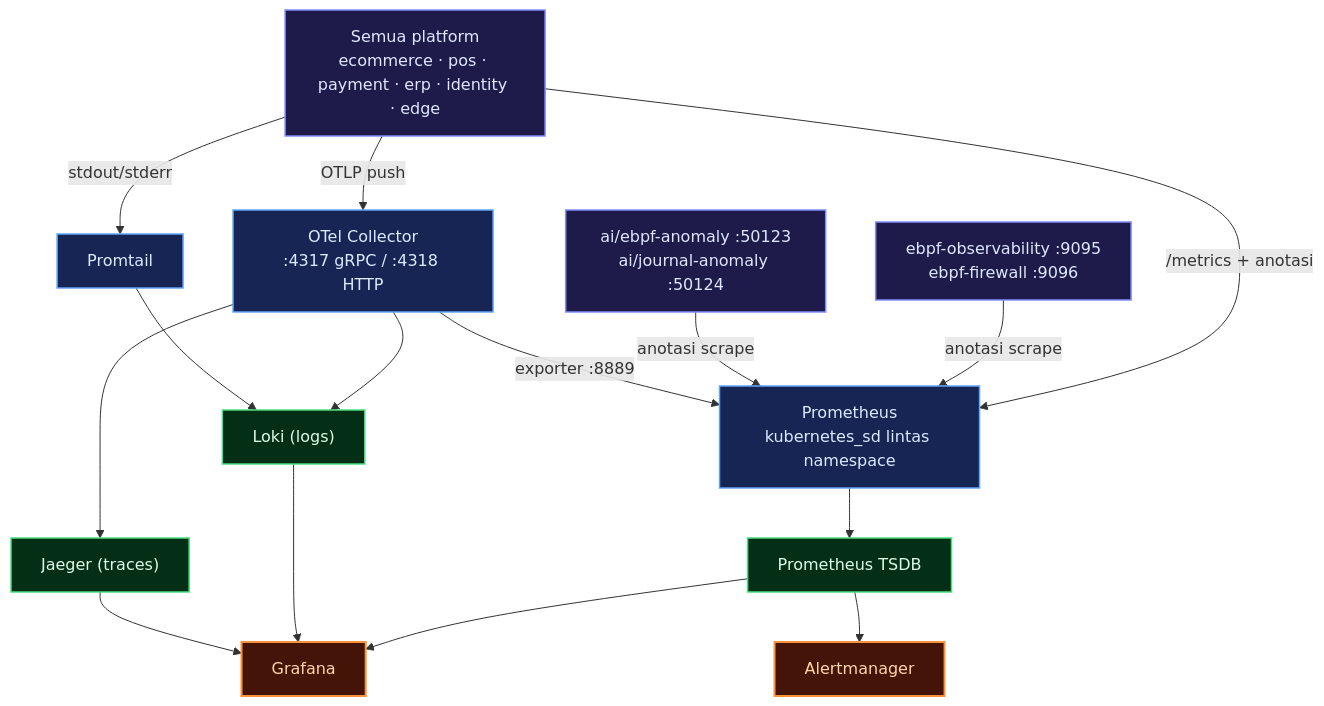
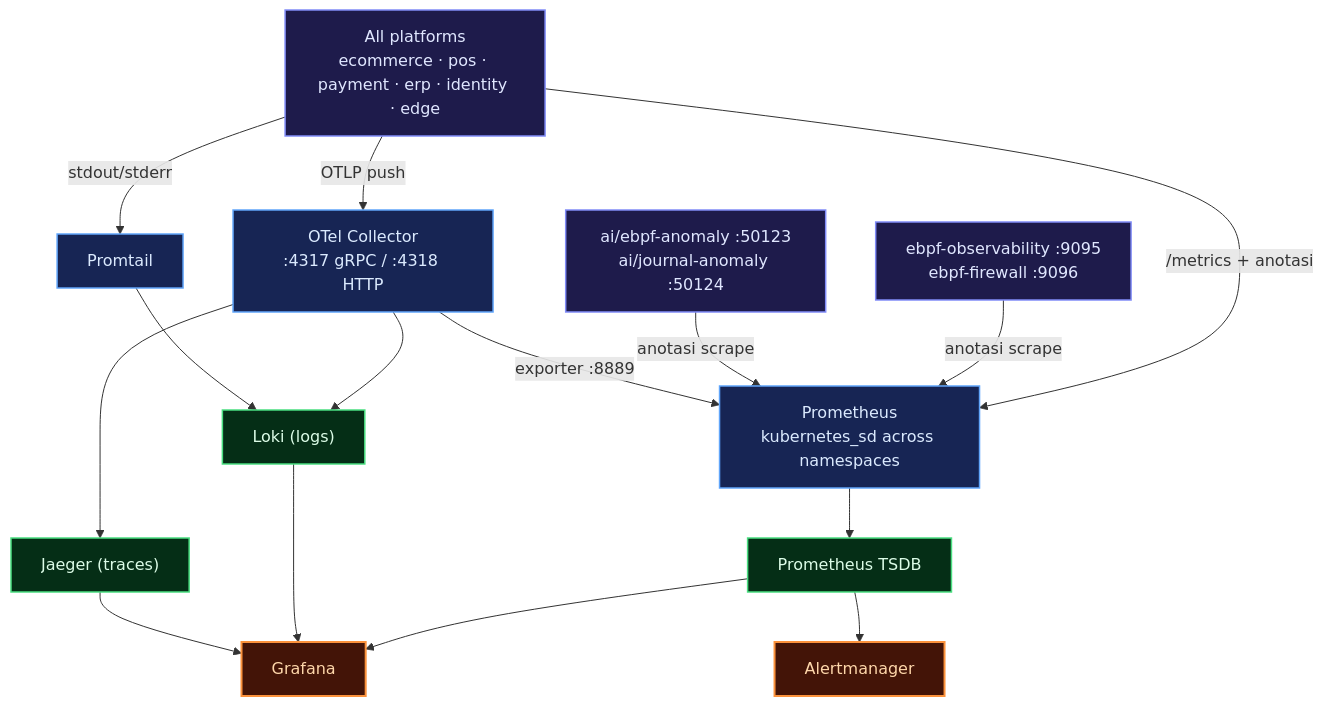
The third of 3 diagrams in src/content/portfolio/microservice-superapp-go.mdx (renaldyhidayatt/renaldyhidayatt.github.io), drawn with Mermaid before and after one commit. The commit also changed other lines of this file and 97 other files, not shown here.

````diff
--- a/src/content/portfolio/microservice-superapp-go.mdx
+++ b/src/content/portfolio/microservice-superapp-go.mdx
@@ -290,38 +290,38 @@
 ```mermaid
 graph TB
     classDef svc fill:#1e1b4b,stroke:#818cf8,color:#e0e7ff,stroke-width:1.5px;
     classDef coll fill:#172554,stroke:#60a5fa,color:#dbeafe,stroke-width:1.5px;
     classDef store fill:#052e16,stroke:#4ade80,color:#dcfce7,stroke-width:1.5px;
     classDef viz fill:#431407,stroke:#fb923c,color:#fed7aa,stroke-width:2px;
 
-    SVCS["Semua platform<br/>ecommerce · pos · payment · erp · identity · edge"]:::svc
+    SVCS["All platforms<br/>ecommerce · pos · payment · erp · identity · edge"]:::svc
     KERNEL["ebpf-observability :9095<br/>ebpf-firewall :9096"]:::svc
     AI["ai/ebpf-anomaly :50123<br/>ai/journal-anomaly :50124"]:::svc
 
     OTEL["OTel Collector<br/>:4317 gRPC / :4318 HTTP"]:::coll
-    PROM["Prometheus<br/>kubernetes_sd lintas namespace"]:::coll
+    PROM["Prometheus<br/>kubernetes_sd across namespaces"]:::coll
     PROMTAIL["Promtail"]:::coll
 
     JAEGER["Jaeger (traces)"]:::store
     LOKI["Loki (logs)"]:::store
     TSDB["Prometheus TSDB"]:::store
 
     GRAFANA["Grafana"]:::viz
     ALERT["Alertmanager"]:::viz
 
     SVCS -->|"OTLP push"| OTEL
     SVCS -->|"/metrics + anotasi"| PROM
     SVCS -->|"stdout/stderr"| PROMTAIL
     KERNEL -->|"anotasi scrape"| PROM
     AI -->|"anotasi scrape"| PROM
 
     OTEL --> JAEGER
     OTEL --> LOKI
     OTEL -->|"exporter :8889"| PROM
     PROMTAIL --> LOKI
     PROM --> TSDB
     TSDB --> GRAFANA
     LOKI --> GRAFANA
     JAEGER --> GRAFANA
     TSDB --> ALERT
 ```
````
